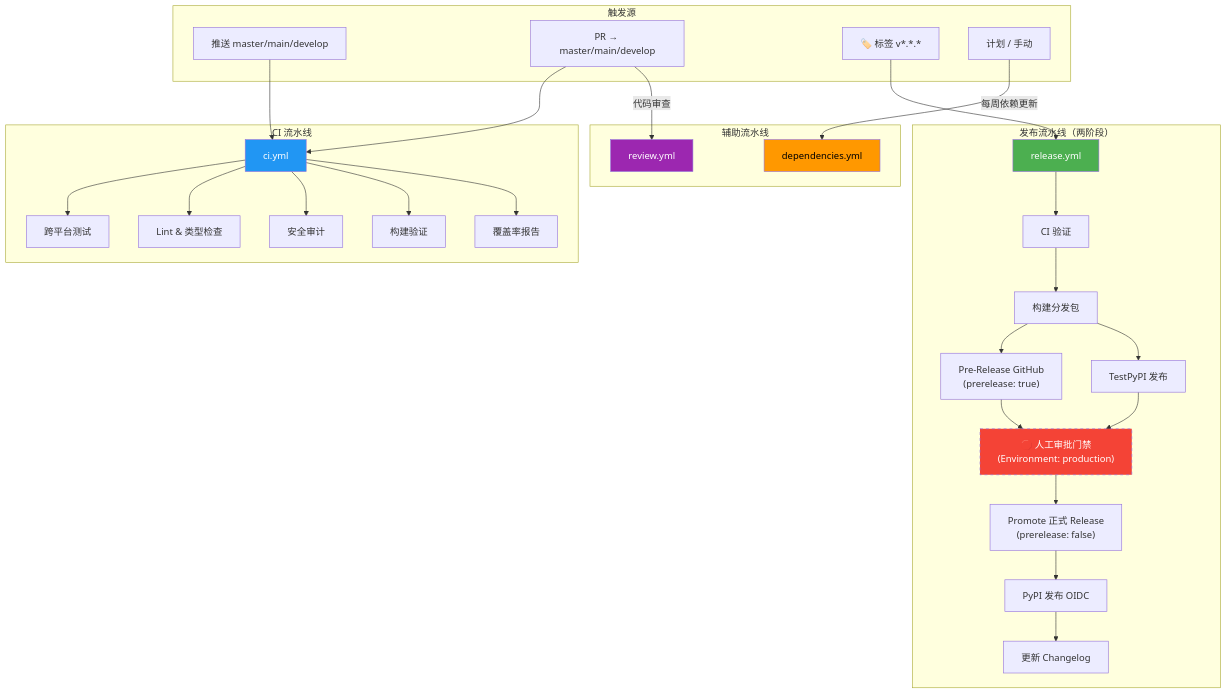
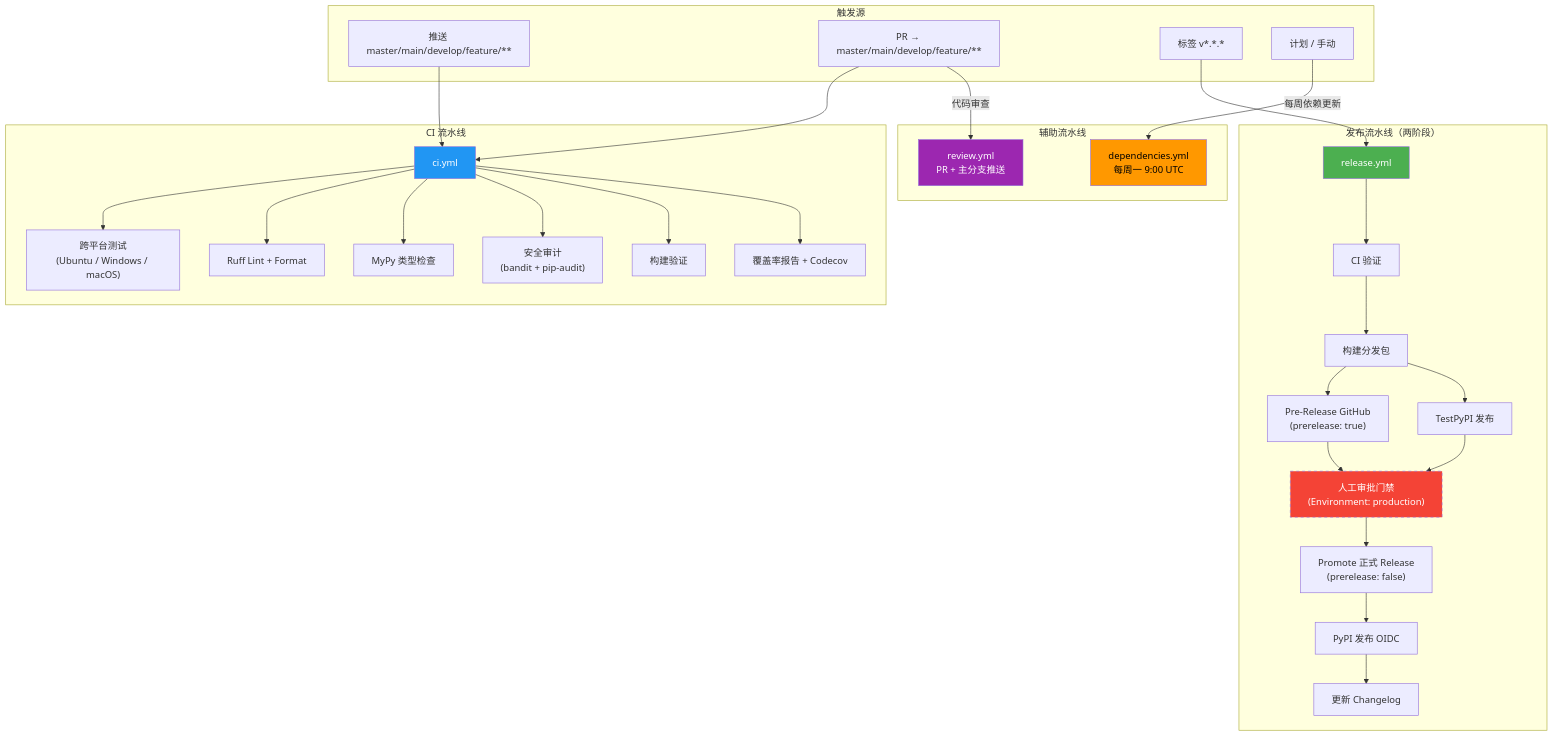
One commit to ThreeFish-AI/negentropy-perceives changed the third of 3 diagrams in docs/development.md. Above: the diagram before and after it, drawn with Mermaid. The commit also changed other lines of this file, not shown here.

````diff
--- a/docs/development.md
+++ b/docs/development.md
@@ -494,55 +649,56 @@
 ```mermaid
 graph TD
     subgraph "触发源"
-        A["推送 master/main/develop"]
-        B0["PR → master/main/develop"]
-        C["🏷️ 标签 v*.*.*"]
+        A["推送 master/main/develop/feature/**"]
+        B0["PR → master/main/develop/feature/**"]
+        C["标签 v*.*.*"]
         G["计划 / 手动"]
     end
 
     subgraph "CI 流水线"
         B[ci.yml]
-        B1[跨平台测试]
-        B2[Lint & 类型检查]
-        B3[安全审计]
-        B4[构建验证]
-        B5[覆盖率报告]
-        B --> B1 & B2 & B3 & B4 & B5
+        B1["跨平台测试<br/>(Ubuntu / Windows / macOS)"]
+        B2["Ruff Lint + Format"]
+        B3["MyPy 类型检查"]
+        B4["安全审计<br/>(bandit + pip-audit)"]
+        B5["构建验证"]
+        B6["覆盖率报告 + Codecov"]
+        B --> B1 & B2 & B3 & B4 & B5 & B6
     end
 
     subgraph "发布流水线（两阶段）"
         D[release.yml]
-        D0[CI 验证]
-        D1[构建分发包]
+        D0["CI 验证"]
+        D1["构建分发包"]
         D2["Pre-Release GitHub<br/>(prerelease: true)"]
-        D3[TestPyPI 发布]
-        D4["🛑 人工审批门禁<br/>(Environment: production)"]
+        D3["TestPyPI 发布"]
+        D4["人工审批门禁<br/>(Environment: production)"]
         D5["Promote 正式 Release<br/>(prerelease: false)"]
-        D6[PyPI 发布 OIDC]
-        D7[更新 Changelog]
+        D6["PyPI 发布 OIDC"]
+        D7["更新 Changelog"]
         D --> D0 --> D1
         D1 --> D2
         D1 --> D3
         D2 --> D4
         D3 --> D4
         D4 --> D5
         D5 --> D6 --> D7
     end
 
     subgraph "辅助流水线"
-        H[dependencies.yml]
-        K[review.yml]
+        H["dependencies.yml<br/>每周一 9:00 UTC"]
+        K["review.yml<br/>PR + 主分支推送"]
     end
 
     A --> B
     B0 --> B
     C --> D
     G -->|"每周依赖更新"| H
     B0 -->|"代码审查"| K
 
     style B fill:#2196F3,color:#fff
     style D fill:#4CAF50,color:#fff
     style D4 fill:#f44336,color:#fff,stroke-dasharray: 5 5
     style H fill:#FF9800,color:#000
     style K fill:#9C27B0,color:#fff
 ```
````
